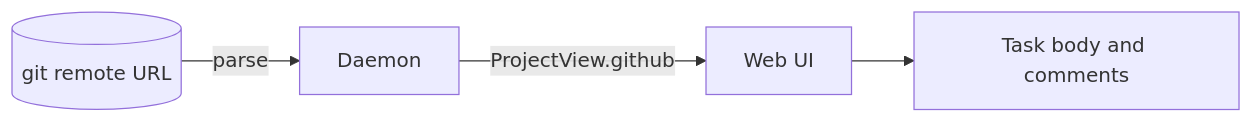
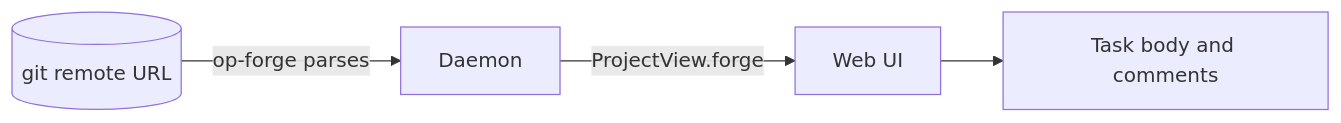
The diagram in tasks/00128-show-github-issue-and-pull-reque.md (sukovanej/openplan), drawn with Mermaid before and after one commit. The commit also changed other lines of this file, not shown here.

````diff
--- a/tasks/00128-show-github-issue-and-pull-reque.md
+++ b/tasks/00128-show-github-issue-and-pull-reque.md
@@ -29,6 +31,6 @@
 ```mermaid
 flowchart LR
-  remote[(git remote URL)] -->|parse| daemon[Daemon]
-  daemon -->|ProjectView.github| web[Web UI]
+  remote[(git remote URL)] -->|op-forge parses| daemon[Daemon]
+  daemon -->|ProjectView.forge| web[Web UI]
   web --> body[Task body and comments]
 ```
````
